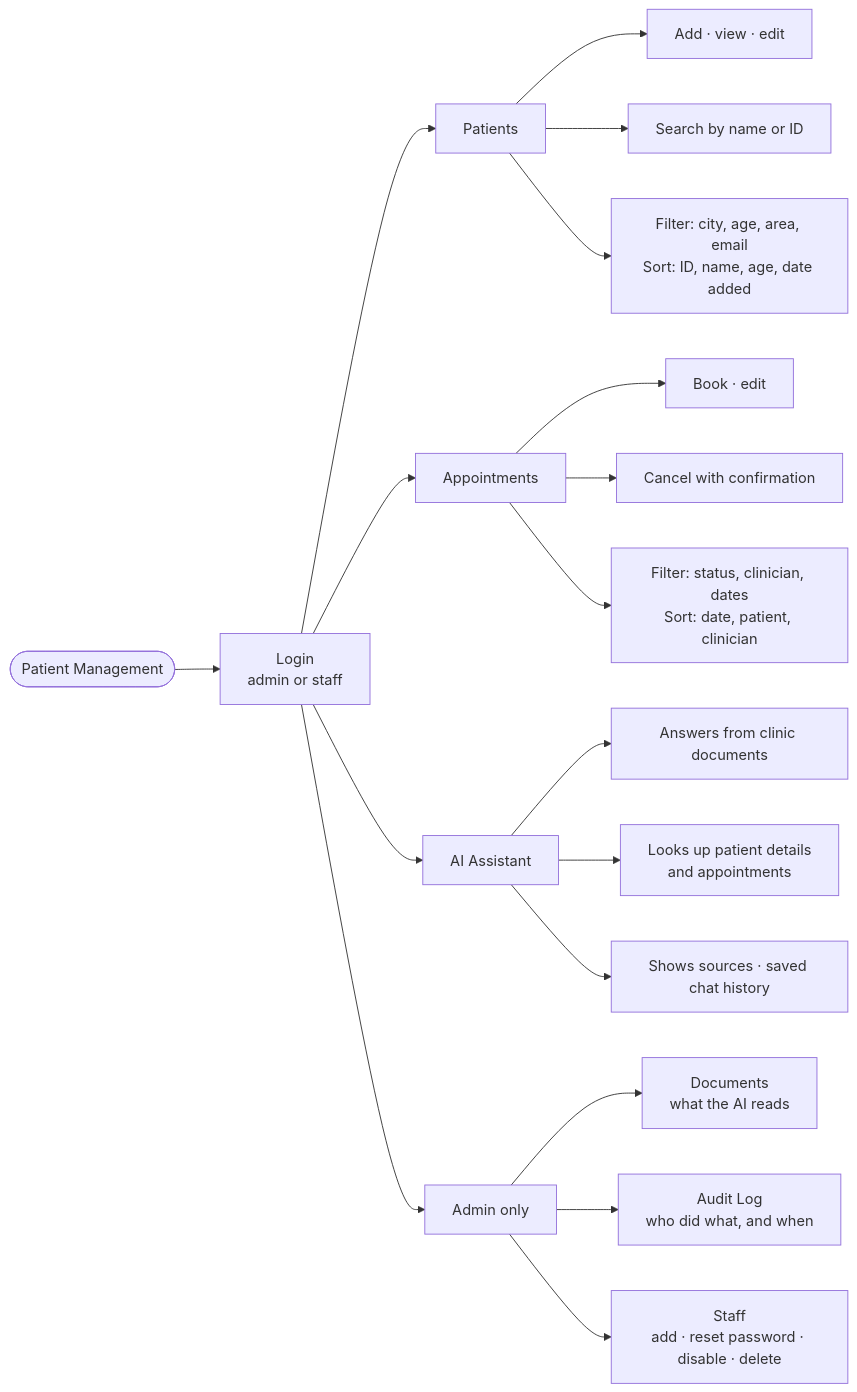
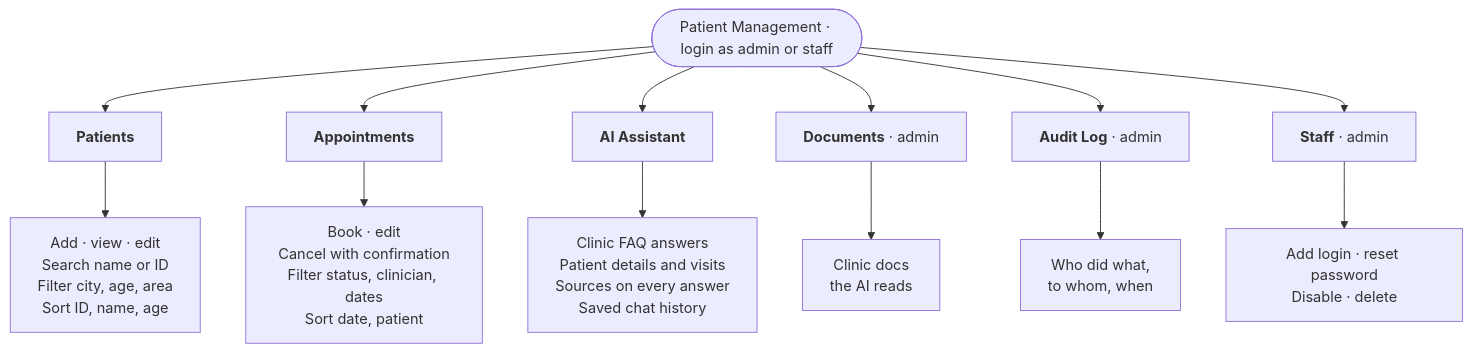
Before and after one commit to Jag2007/Patient_Management: the diagram in README.md, drawn with Mermaid. The commit also changed other lines of this file and 12 other files, not shown here.

First line of the commit message:
Add Makefile setup, Swagger API docs and architecture diagrams; simplify README

````diff
--- a/README.md
+++ b/README.md
@@ -13,24 +13,10 @@
 ```mermaid
-flowchart LR
-    Site(["Patient Management"]) --> Login["Login<br/>admin or staff"]
-    Login --> P["Patients"]
-    Login --> A["Appointments"]
-    Login --> AI["AI Assistant"]
-    Login --> Admin["Admin only"]
-
-    P --> P1["Add · view · edit"]
-    P --> P2["Search by name or ID"]
-    P --> P3["Filter: city, age, area, email<br/>Sort: ID, name, age, date added"]
-
-    A --> A1["Book · edit"]
-    A --> A2["Cancel with confirmation"]
-    A --> A3["Filter: status, clinician, dates<br/>Sort: date, patient, clinician"]
-
-    AI --> AI1["Answers from clinic documents"]
-    AI --> AI2["Looks up patient details<br/>and appointments"]
-    AI --> AI3["Shows sources · saved chat history"]
-
-    Admin --> D["Documents<br/>what the AI reads"]
-    Admin --> L["Audit Log<br/>who did what, and when"]
-    Admin --> S["Staff<br/>add · reset password · disable · delete"]
+flowchart TB
+    Site(["Patient Management · login as admin or staff"])
+    Site --> P["<b>Patients</b>"] --> P1["Add · view · edit<br/>Search name or ID<br/>Filter city, age, area<br/>Sort ID, name, age"]
+    Site --> A["<b>Appointments</b>"] --> A1["Book · edit<br/>Cancel with confirmation<br/>Filter status, clinician, dates<br/>Sort date, patient"]
+    Site --> AI["<b>AI Assistant</b>"] --> AI1["Clinic FAQ answers<br/>Patient details and visits<br/>Sources on every answer<br/>Saved chat history"]
+    Site --> D["<b>Documents</b> · admin"] --> D1["Clinic docs<br/>the AI reads"]
+    Site --> L["<b>Audit Log</b> · admin"] --> L1["Who did what,<br/>to whom, when"]
+    Site --> S["<b>Staff</b> · admin"] --> S1["Add login · reset password<br/>Disable · delete"]
 ```
````
